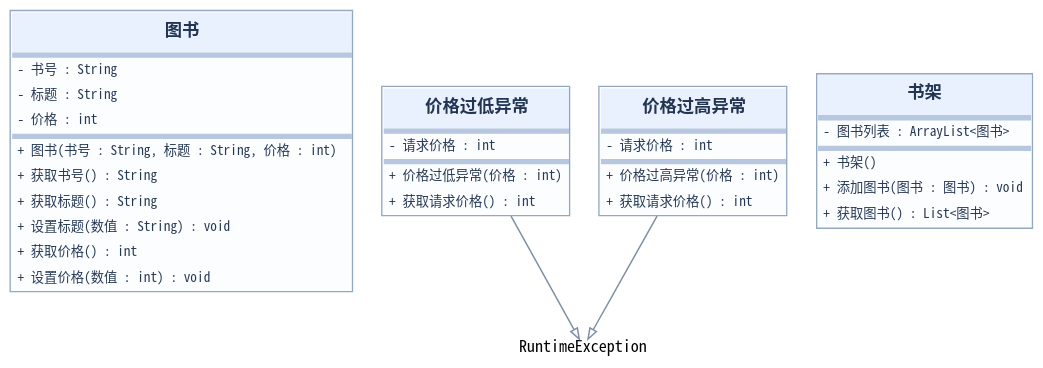
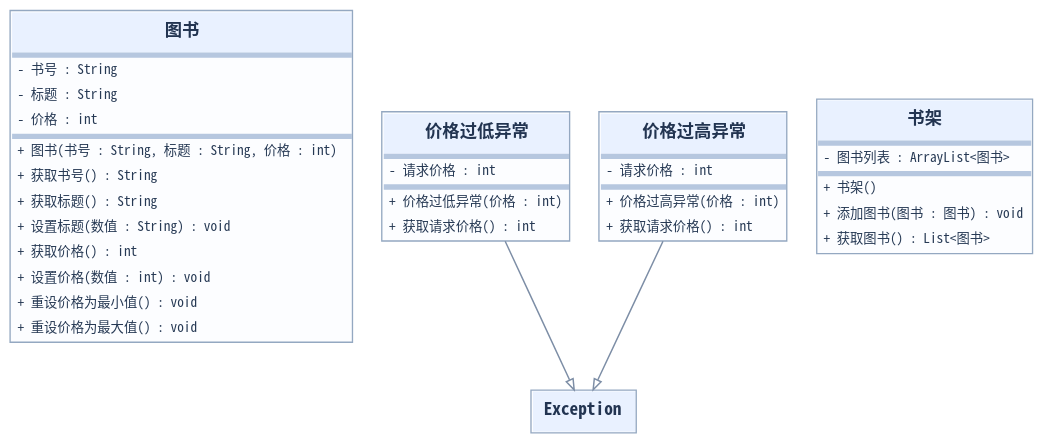
One commit to edetroll/java-oop changed the diagram in content/chapters/13-kivetelek/media/task-2-zh.dot. Above: the diagram before and after it, drawn with Graphviz. The commit also changed 44 other files, not shown here.

```diff
--- a/content/chapters/13-kivetelek/media/task-2-zh.dot
+++ b/content/chapters/13-kivetelek/media/task-2-zh.dot
@@ -1,13 +1,12 @@
 digraph UML {
 graph [rankdir=TB, bgcolor="transparent", nodesep="0.30", ranksep="0.50", pad="0.12", splines=polyline];
 node [shape=plain];
 edge [color="#7d8ea6", penwidth=1.1, arrowsize=0.8];
-"图书" [label=<<TABLE BORDER="1" COLOR="#94a8c1" CELLBORDER="0" CELLSPACING="0" BGCOLOR="#fcfdff"><TR><TD ALIGN="CENTER" CELLPADDING="8" BGCOLOR="#e9f1ff"><FONT FACE="Noto Sans Mono CJK SC" POINT-SIZE="13" COLOR="#223451"><B>图书</B></FONT></TD></TR><TR><TD BGCOLOR="#b6c7df" HEIGHT="2"></TD></TR><TR><TD ALIGN="LEFT" CELLPADDING="4"><FONT FACE="Noto Sans Mono CJK SC" POINT-SIZE="10" COLOR="#263954">- 书号 : String</FONT></TD></TR><TR><TD ALIGN="LEFT" CELLPADDING="4"><FONT FACE="Noto Sans Mono CJK SC" POINT-SIZE="10" COLOR="#263954">- 标题 : String</FONT></TD></TR><TR><TD ALIGN="LEFT" CELLPADDING="4"><FONT FACE="Noto Sans Mono CJK SC" POINT-SIZE="10" COLOR="#263954">- 价格 : int</FONT></TD></TR><TR><TD BGCOLOR="#b6c7df" HEIGHT="2"></TD></TR><TR><TD ALIGN="LEFT" CELLPADDING="4"><FONT FACE="Noto Sans Mono CJK SC" POINT-SIZE="10" COLOR="#263954">+ 图书(书号 : String, 标题 : String, 价格 : int)</FONT></TD></TR><TR><TD ALIGN="LEFT" CELLPADDING="4"><FONT FACE="Noto Sans Mono CJK SC" POINT-SIZE="10" COLOR="#263954">+ 获取书号() : String</FONT></TD></TR><TR><TD ALIGN="LEFT" CELLPADDING="4"><FONT FACE="Noto Sans Mono CJK SC" POINT-SIZE="10" COLOR="#263954">+ 获取标题() : String</FONT></TD></TR><TR><TD ALIGN="LEFT" CELLPADDING="4"><FONT FACE="Noto Sans Mono CJK SC" POINT-SIZE="10" COLOR="#263954">+ 设置标题(数值 : String) : void</FONT></TD></TR><TR><TD ALIGN="LEFT" CELLPADDING="4"><FONT FACE="Noto Sans Mono CJK SC" POINT-SIZE="10" COLOR="#263954">+ 获取价格() : int</FONT></TD></TR><TR><TD ALIGN="LEFT" CELLPADDING="4"><FONT FACE="Noto Sans Mono CJK SC" POINT-SIZE="10" COLOR="#263954">+ 设置价格(数值 : int) : void</FONT></TD></TR></TABLE>>];
+"图书" [label=<<TABLE BORDER="1" COLOR="#94a8c1" CELLBORDER="0" CELLSPACING="0" BGCOLOR="#fcfdff"><TR><TD ALIGN="CENTER" CELLPADDING="8" BGCOLOR="#e9f1ff"><FONT FACE="Noto Sans Mono CJK SC" POINT-SIZE="13" COLOR="#223451"><B>图书</B></FONT></TD></TR><TR><TD BGCOLOR="#b6c7df" HEIGHT="2"></TD></TR><TR><TD ALIGN="LEFT" CELLPADDING="4"><FONT FACE="Noto Sans Mono CJK SC" POINT-SIZE="10" COLOR="#263954">- 书号 : String</FONT></TD></TR><TR><TD ALIGN="LEFT" CELLPADDING="4"><FONT FACE="Noto Sans Mono CJK SC" POINT-SIZE="10" COLOR="#263954">- 标题 : String</FONT></TD></TR><TR><TD ALIGN="LEFT" CELLPADDING="4"><FONT FACE="Noto Sans Mono CJK SC" POINT-SIZE="10" COLOR="#263954">- 价格 : int</FONT></TD></TR><TR><TD BGCOLOR="#b6c7df" HEIGHT="2"></TD></TR><TR><TD ALIGN="LEFT" CELLPADDING="4"><FONT FACE="Noto Sans Mono CJK SC" POINT-SIZE="10" COLOR="#263954">+ 图书(书号 : String, 标题 : String, 价格 : int)</FONT></TD></TR><TR><TD ALIGN="LEFT" CELLPADDING="4"><FONT FACE="Noto Sans Mono CJK SC" POINT-SIZE="10" COLOR="#263954">+ 获取书号() : String</FONT></TD></TR><TR><TD ALIGN="LEFT" CELLPADDING="4"><FONT FACE="Noto Sans Mono CJK SC" POINT-SIZE="10" COLOR="#263954">+ 获取标题() : String</FONT></TD></TR><TR><TD ALIGN="LEFT" CELLPADDING="4"><FONT FACE="Noto Sans Mono CJK SC" POINT-SIZE="10" COLOR="#263954">+ 设置标题(数值 : String) : void</FONT></TD></TR><TR><TD ALIGN="LEFT" CELLPADDING="4"><FONT FACE="Noto Sans Mono CJK SC" POINT-SIZE="10" COLOR="#263954">+ 获取价格() : int</FONT></TD></TR><TR><TD ALIGN="LEFT" CELLPADDING="4"><FONT FACE="Noto Sans Mono CJK SC" POINT-SIZE="10" COLOR="#263954">+ 设置价格(数值 : int) : void</FONT></TD></TR><TR><TD ALIGN="LEFT" CELLPADDING="4"><FONT FACE="Noto Sans Mono CJK SC" POINT-SIZE="10" COLOR="#263954">+ 重设价格为最小值() : void</FONT></TD></TR><TR><TD ALIGN="LEFT" CELLPADDING="4"><FONT FACE="Noto Sans Mono CJK SC" POINT-SIZE="10" COLOR="#263954">+ 重设价格为最大值() : void</FONT></TD></TR></TABLE>>];
 "价格过低异常" [label=<<TABLE BORDER="1" COLOR="#94a8c1" CELLBORDER="0" CELLSPACING="0" BGCOLOR="#fcfdff"><TR><TD ALIGN="CENTER" CELLPADDING="8" BGCOLOR="#e9f1ff"><FONT FACE="Noto Sans Mono CJK SC" POINT-SIZE="13" COLOR="#223451"><B>价格过低异常</B></FONT></TD></TR><TR><TD BGCOLOR="#b6c7df" HEIGHT="2"></TD></TR><TR><TD ALIGN="LEFT" CELLPADDING="4"><FONT FACE="Noto Sans Mono CJK SC" POINT-SIZE="10" COLOR="#263954">- 请求价格 : int</FONT></TD></TR><TR><TD BGCOLOR="#b6c7df" HEIGHT="2"></TD></TR><TR><TD ALIGN="LEFT" CELLPADDING="4"><FONT FACE="Noto Sans Mono CJK SC" POINT-SIZE="10" COLOR="#263954">+ 价格过低异常(价格 : int)</FONT></TD></TR><TR><TD ALIGN="LEFT" CELLPADDING="4"><FONT FACE="Noto Sans Mono CJK SC" POINT-SIZE="10" COLOR="#263954">+ 获取请求价格() : int</FONT></TD></TR></TABLE>>];
 "价格过高异常" [label=<<TABLE BORDER="1" COLOR="#94a8c1" CELLBORDER="0" CELLSPACING="0" BGCOLOR="#fcfdff"><TR><TD ALIGN="CENTER" CELLPADDING="8" BGCOLOR="#e9f1ff"><FONT FACE="Noto Sans Mono CJK SC" POINT-SIZE="13" COLOR="#223451"><B>价格过高异常</B></FONT></TD></TR><TR><TD BGCOLOR="#b6c7df" HEIGHT="2"></TD></TR><TR><TD ALIGN="LEFT" CELLPADDING="4"><FONT FACE="Noto Sans Mono CJK SC" POINT-SIZE="10" COLOR="#263954">- 请求价格 : int</FONT></TD></TR><TR><TD BGCOLOR="#b6c7df" HEIGHT="2"></TD></TR><TR><TD ALIGN="LEFT" CELLPADDING="4"><FONT FACE="Noto Sans Mono CJK SC" POINT-SIZE="10" COLOR="#263954">+ 价格过高异常(价格 : int)</FONT></TD></TR><TR><TD ALIGN="LEFT" CELLPADDING="4"><FONT FACE="Noto Sans Mono CJK SC" POINT-SIZE="10" COLOR="#263954">+ 获取请求价格() : int</FONT></TD></TR></TABLE>>];
 "书架" [label=<<TABLE BORDER="1" COLOR="#94a8c1" CELLBORDER="0" CELLSPACING="0" BGCOLOR="#fcfdff"><TR><TD ALIGN="CENTER" CELLPADDING="8" BGCOLOR="#e9f1ff"><FONT FACE="Noto Sans Mono CJK SC" POINT-SIZE="13" COLOR="#223451"><B>书架</B></FONT></TD></TR><TR><TD BGCOLOR="#b6c7df" HEIGHT="2"></TD></TR><TR><TD ALIGN="LEFT" CELLPADDING="4"><FONT FACE="Noto Sans Mono CJK SC" POINT-SIZE="10" COLOR="#263954">- 图书列表 : ArrayList&lt;图书&gt;</FONT></TD></TR><TR><TD BGCOLOR="#b6c7df" HEIGHT="2"></TD></TR><TR><TD ALIGN="LEFT" CELLPADDING="4"><FONT FACE="Noto Sans Mono CJK SC" POINT-SIZE="10" COLOR="#263954">+ 书架()</FONT></TD></TR><TR><TD ALIGN="LEFT" CELLPADDING="4"><FONT FACE="Noto Sans Mono CJK SC" POINT-SIZE="10" COLOR="#263954">+ 添加图书(图书 : 图书) : void</FONT></TD></TR><TR><TD ALIGN="LEFT" CELLPADDING="4"><FONT FACE="Noto Sans Mono CJK SC" POINT-SIZE="10" COLOR="#263954">+ 获取图书() : List&lt;图书&gt;</FONT></TD></TR></TABLE>>];
-"RuntimeException" [shape=plain, label=<<FONT FACE="Noto Sans Mono CJK SC" POINT-SIZE="12">RuntimeException</FONT>>];
-"价格过低异常" -> "RuntimeException" [arrowhead="empty"];
-"RuntimeException" [shape=plain, label=<<FONT FACE="Noto Sans Mono CJK SC" POINT-SIZE="12">RuntimeException</FONT>>];
-"价格过高异常" -> "RuntimeException" [arrowhead="empty"];
+"Exception" [label=<<TABLE BORDER="1" COLOR="#94a8c1" CELLBORDER="0" CELLSPACING="0" BGCOLOR="#fcfdff"><TR><TD ALIGN="CENTER" CELLPADDING="8" BGCOLOR="#e9f1ff"><FONT FACE="Noto Sans Mono CJK SC" POINT-SIZE="13" COLOR="#223451"><B>Exception</B></FONT></TD></TR></TABLE>>];
+"价格过低异常" -> "Exception" [arrowhead="empty"];
+"价格过高异常" -> "Exception" [arrowhead="empty"];
 }
```
